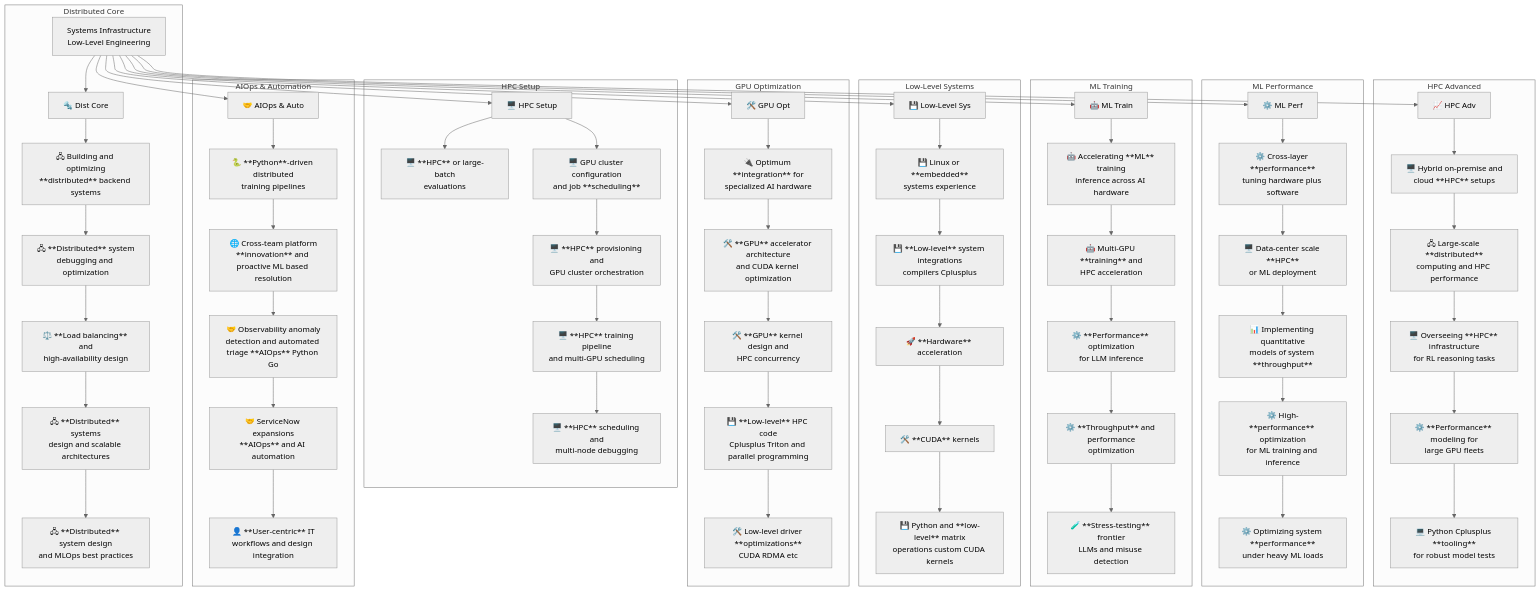
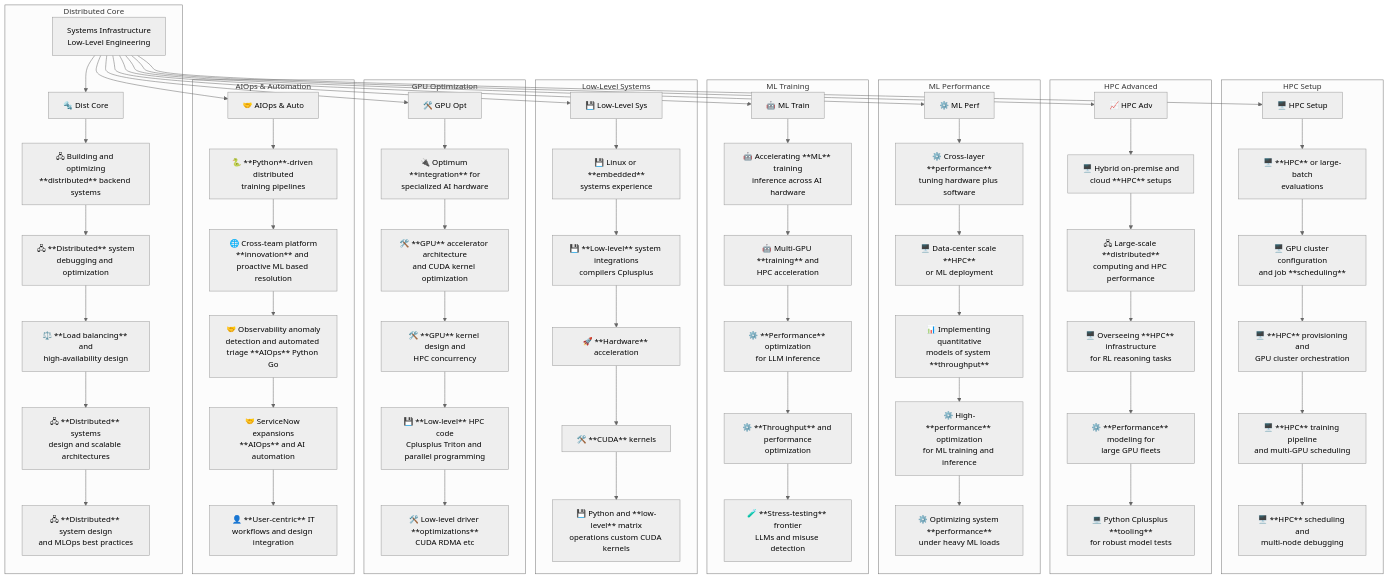
The first of 13 diagrams in cv2page.md (AaronCWacker/CV), drawn with Mermaid (neutral theme) before and after one commit. The commit also changed other lines of this file, not shown here.

````diff
--- a/cv2page.md
+++ b/cv2page.md
@@ -8,76 +8,76 @@
 ```mermaid
 graph TB
     R[Systems Infrastructure<br>Low-Level Engineering]
 
     subgraph "Distributed Core"
         R --> DC[🔩 Dist Core]
         DC --> S26[🖧 Building and optimizing<br>**distributed** backend systems]
         S26 --> S27[🖧 **Distributed** system<br>debugging and optimization]
         S27 --> S31[⚖️ **Load balancing** and<br>high-availability design]
         S31 --> S37[🖧 **Distributed** systems<br>design and scalable architectures]
         S37 --> S28[🖧 **Distributed** system design<br>and MLOps best practices]
     end
 
     subgraph "HPC Setup"
         R --> HS[🖥️ HPC Setup]
         HS --> S15[🖥️ **HPC** or large-batch<br>evaluations]
-        HS --> S11[🖥️ GPU cluster configuration<br>and job **scheduling**]
+        S15 --> S11[🖥️ GPU cluster configuration<br>and job **scheduling**]
         S11 --> S12[🖥️ **HPC** provisioning and<br>GPU cluster orchestration]
         S12 --> S13[🖥️ **HPC** training pipeline<br>and multi-GPU scheduling]
         S13 --> S14[🖥️ **HPC** scheduling and<br>multi-node debugging]
     end
 
     subgraph "HPC Advanced"
         R --> HA[📈 HPC Adv]
         HA --> S16[🖥️ Hybrid on-premise and<br>cloud **HPC** setups]
         S16 --> S17[🖧 Large-scale **distributed**<br>computing and HPC performance]
         S17 --> S21[🖥️ Overseeing **HPC** infrastructure<br>for RL reasoning tasks]
         S21 --> S22[⚙️ **Performance** modeling for<br>large GPU fleets]
         S22 --> S24[💻 Python Cplusplus **tooling**<br>for robust model tests]
     end
 
     subgraph "ML Performance"
         R --> MP[⚙️ ML Perf]
         MP --> S7[⚙️ Cross-layer **performance**<br>tuning hardware plus software]
         S7 --> S8[🖥️ Data-center scale **HPC**<br>or ML deployment]
         S8 --> S30[📊 Implementing quantitative<br>models of system **throughput**]
         S30 --> S29[⚙️ High-**performance** optimization<br>for ML training and inference]
         S29 --> S32[⚙️ Optimizing system **performance**<br>under heavy ML loads]
     end
 
     subgraph "ML Training"
         R --> MT[🤖 ML Train]
         MT --> S4[🤖 Accelerating **ML** training<br>inference across AI hardware]
         S4 --> S20[🤖 Multi-GPU **training** and<br>HPC acceleration]
         S20 --> S33[⚙️ **Performance** optimization<br>for LLM inference]
         S33 --> S35[⚙️ **Throughput** and performance<br>optimization]
         S35 --> S25[🧪 **Stress-testing** frontier<br>LLMs and misuse detection]
     end
 
     subgraph "Low-Level Systems"
         R --> LS[💾 Low-Level Sys]
         LS --> S2[💾 Linux or **embedded**<br>systems experience]
         S2 --> S1[💾 **Low-level** system integrations<br>compilers Cplusplus]
         S1 --> S3[🚀 **Hardware** acceleration]
         S3 --> S5[🛠️ **CUDA** kernels]
         S5 --> S23[💾 Python and **low-level** matrix<br>operations custom CUDA kernels]
     end
 
     subgraph "GPU Optimization"
         R --> GO[🛠️ GPU Opt]
         GO --> S6[🔌 Optimum **integration** for<br>specialized AI hardware]
         S6 --> S9[🛠️ **GPU** accelerator architecture<br>and CUDA kernel optimization]
         S9 --> S10[🛠️ **GPU** kernel design and<br>HPC concurrency]
         S10 --> S18[💾 **Low-level** HPC code<br>Cplusplus Triton and parallel programming]
         S18 --> S19[🛠️ Low-level driver **optimizations**<br>CUDA RDMA etc]
     end
 
     subgraph "AIOps & Automation"
         R --> AO[🤝 AIOps & Auto]
         AO --> S34[🐍 **Python**-driven distributed<br>training pipelines]
         S34 --> S36[🌐 Cross-team platform<br>**innovation** and proactive ML based resolution]
         S36 --> S38[🤝 Observability anomaly<br>detection and automated triage **AIOps** Python Go]
         S38 --> S39[🤝 ServiceNow expansions<br>**AIOps** and AI automation]
         S39 --> S40[👤 **User-centric** IT<br>workflows and design integration]
     end
 ```
````
